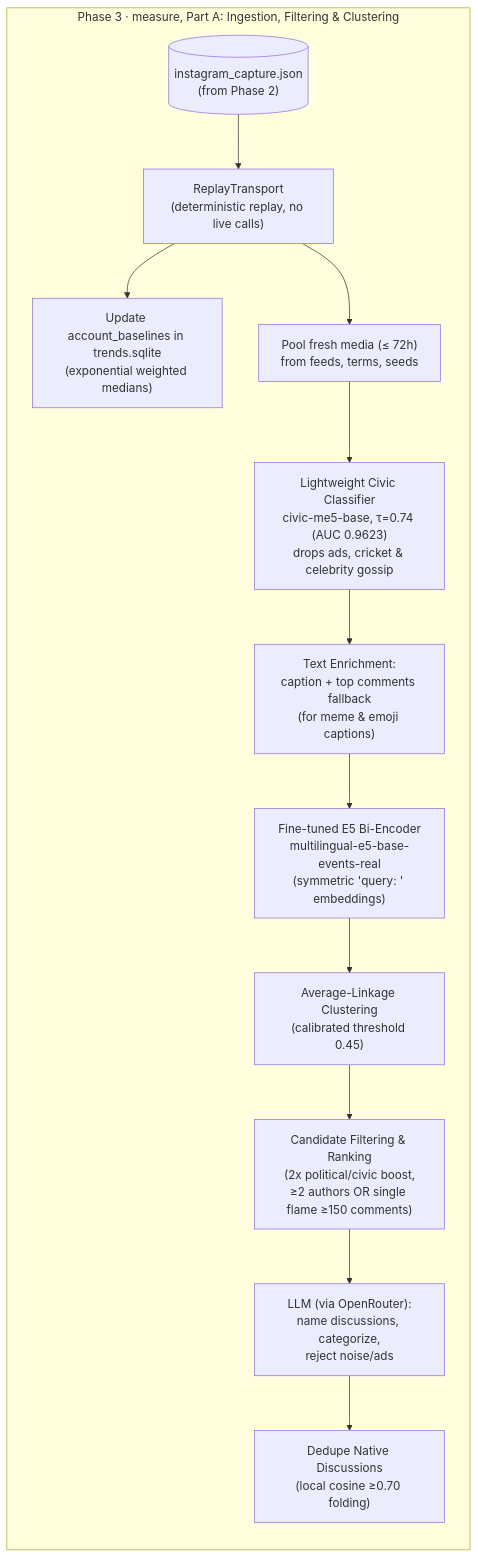
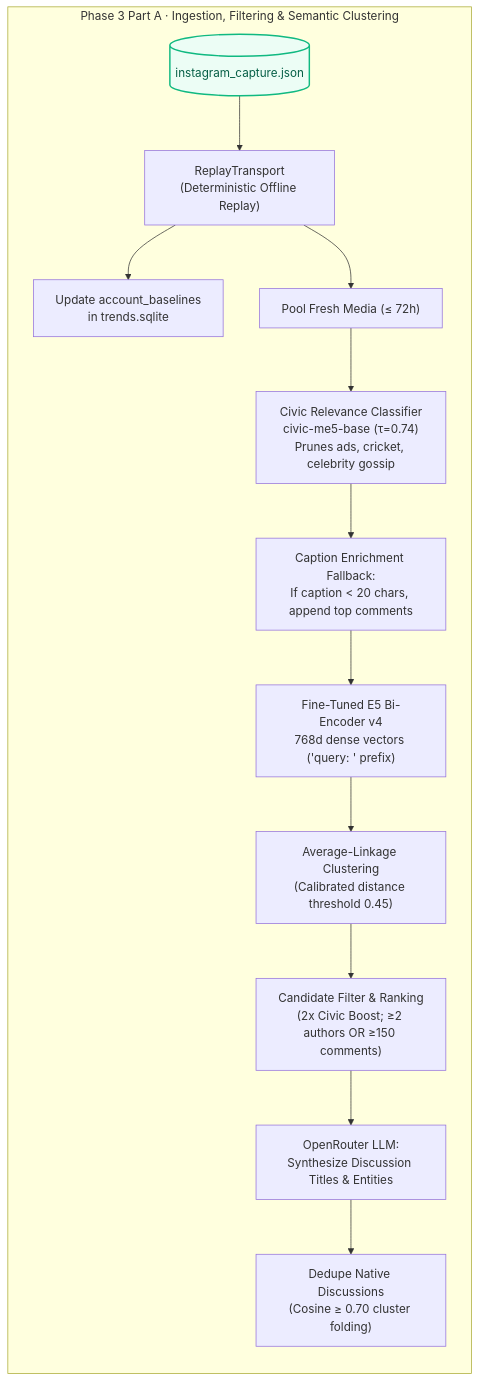
One commit to shankha06/identify-what-matters changed the sixth of 18 diagrams in docs/ARCHITECTURE.md. Above: the diagram before and after it, drawn with Mermaid. The commit also changed other lines of this file and 21 other files, not shown here.

````diff
--- a/docs/ARCHITECTURE.md
+++ b/docs/ARCHITECTURE.md
@@ -174,18 +341,20 @@
 ```mermaid
 flowchart TD
-    subgraph MeasureA["Phase 3 · measure, Part A: Ingestion, Filtering & Clustering"]
+    subgraph P3A["Phase 3 Part A · Ingestion, Filtering & Semantic Clustering"]
         direction TB
-        CAPTURE_IN[("instagram_capture.json<br/>(from Phase 2)")] --> REPLAY["ReplayTransport<br/>(deterministic replay, no live calls)"]
-        REPLAY --> BASE_UPD["Update account_baselines in trends.sqlite<br/>(exponential weighted medians)"]
+        CAP_IN[("instagram_capture.json")] --> REPLAY["ReplayTransport<br/>(Deterministic Offline Replay)"]
+        REPLAY --> BASE_UPDATE["Update account_baselines<br/>in trends.sqlite"]
+        REPLAY --> POOL["Pool Fresh Media (&le; 72h)"]
 
-        REPLAY --> POOL["Pool fresh media (&le; 72h)<br/>from feeds, terms, seeds"]
-        POOL --> CIVIC_FILTER["Lightweight Civic Classifier<br/>civic-me5-base, &tau;=0.74 (AUC 0.9623)<br/>drops ads, cricket & celebrity gossip"]
-        CIVIC_FILTER --> TEXT_ENRICH["Text Enrichment:<br/>caption + top comments fallback<br/>(for meme & emoji captions)"]
-        TEXT_ENRICH --> E5_EMBED["Fine-tuned E5 Bi-Encoder<br/>multilingual-e5-base-events-real<br/>(symmetric 'query: ' embeddings)"]
-        E5_EMBED --> AGGLOM["Average-Linkage Clustering<br/>(calibrated threshold 0.45)"]
-        AGGLOM --> CAND["Candidate Filtering & Ranking<br/>(2x political/civic boost,<br/>&ge;2 authors OR single flame &ge;150 comments)"]
+        POOL --> CIVIC_FILTER["Civic Relevance Classifier<br/>civic-me5-base (&tau;=0.74)<br/>Prunes ads, cricket, celebrity gossip"]
+        CIVIC_FILTER --> CAP_ENRICH["Caption Enrichment Fallback:<br/>If caption < 20 chars, append top comments"]
+        CAP_ENRICH --> E5_VEC["Fine-Tuned E5 Bi-Encoder v4<br/>768d dense vectors ('query: ' prefix)"]
+        E5_VEC --> AGGLOM["Average-Linkage Clustering<br/>(Calibrated distance threshold 0.45)"]
+        AGGLOM --> RANK["Candidate Filter & Ranking<br/>(2x Civic Boost; &ge;2 authors OR &ge;150 comments)"]
+        RANK --> LLM_NAME["OpenRouter LLM:<br/>Synthesize Discussion Titles & Entities"]
+        LLM_NAME --> DEDUPE["Dedupe Native Discussions<br/>(Cosine &ge; 0.70 cluster folding)"]
+    end
 
-        CAND --> LLM_DISC["LLM (via OpenRouter):<br/>name discussions, categorize,<br/>reject noise/ads"]
-        LLM_DISC --> FOLD["Dedupe Native Discussions<br/>(local cosine &ge;0.70 folding)"]
-    end
+    classDef store fill:#ecfdf5,stroke:#10b981,stroke-width:2px,color:#065f46;
+    class CAP_IN store;
 ```
````
